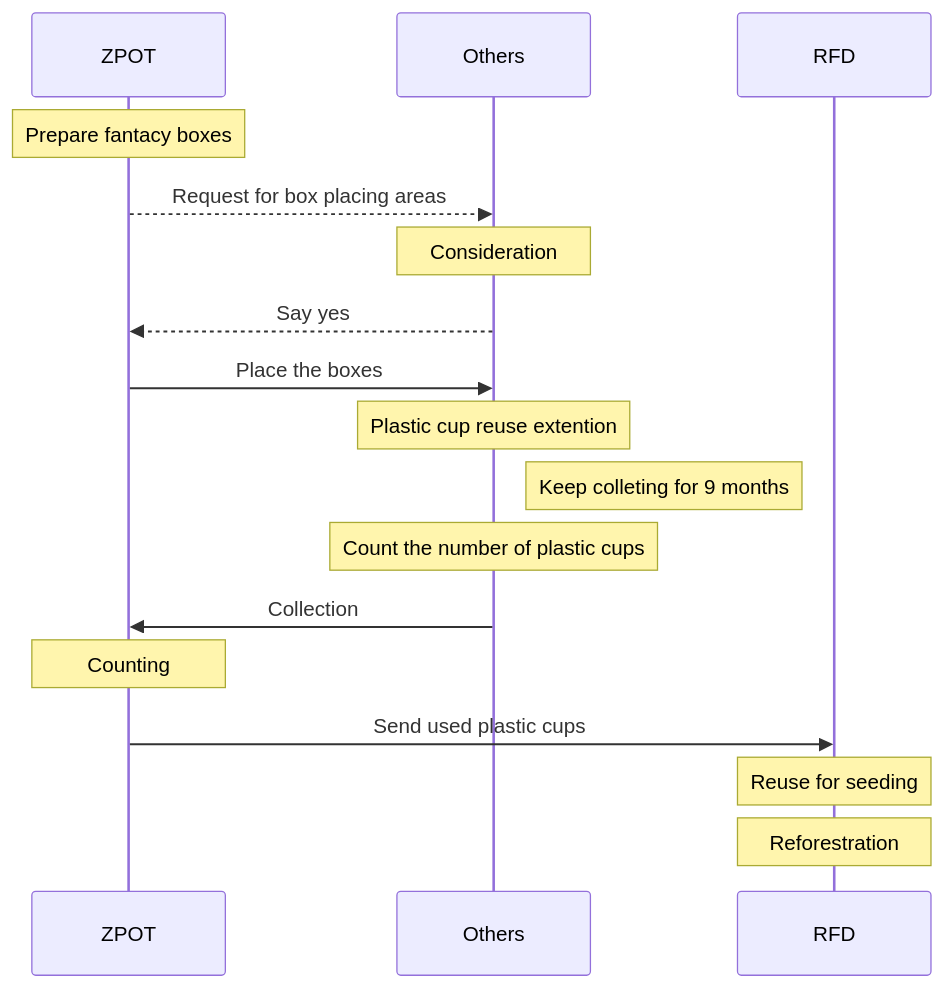
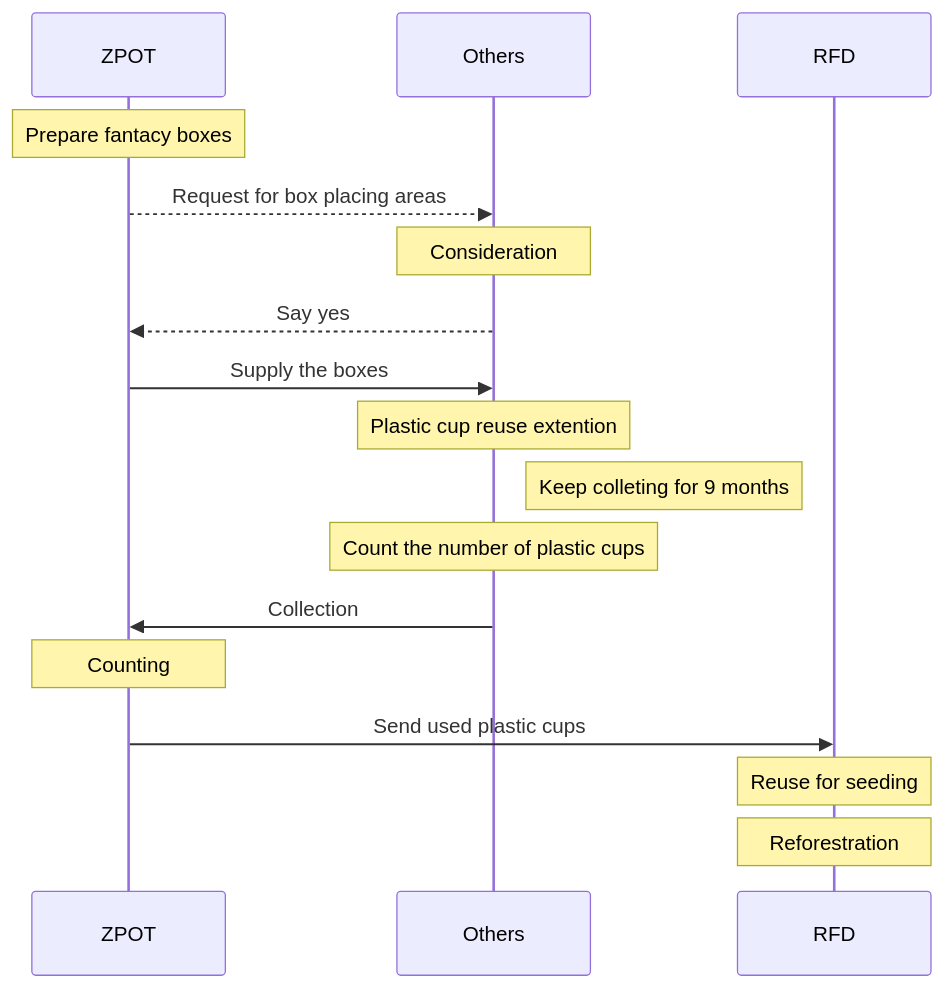
The first of 2 diagrams in README.md (Kietpawpan/carbon), drawn with Mermaid before and after one commit.

````diff
--- a/README.md
+++ b/README.md
@@ -9,16 +9,16 @@
 ```mermaid
 sequenceDiagram
     Note over ZPOT: Prepare fantacy boxes  
     ZPOT-->>Others: Request for box placing areas
     Note over Others: Consideration
     Others-->>ZPOT: Say yes
-    ZPOT->>Others: Place the boxes
+    ZPOT->>Others: Supply the boxes
     Note over Others: Plastic cup reuse extention
     Note right of Others: Keep colleting for 9 months
     Note over Others: Count the number of plastic cups
     Others->>ZPOT: Collection
     Note over ZPOT: Counting
     ZPOT->>RFD: Send used plastic cups
     Note over RFD: Reuse for seeding
     Note over RFD: Reforestration
 ```
````
